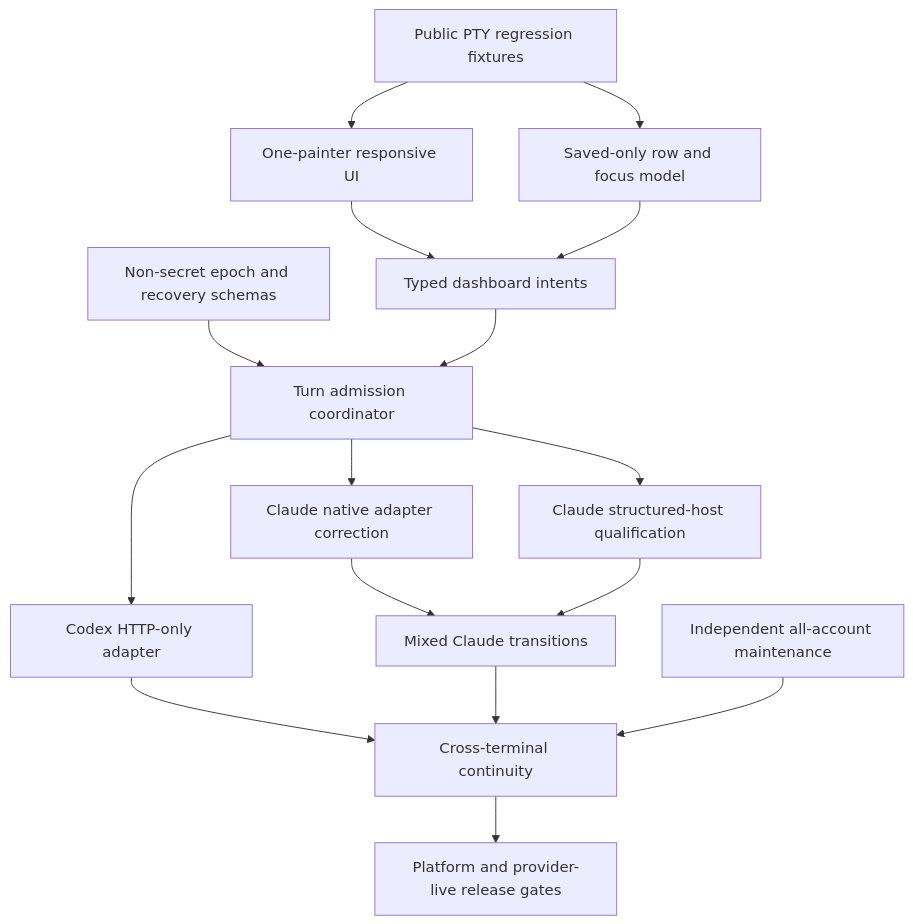
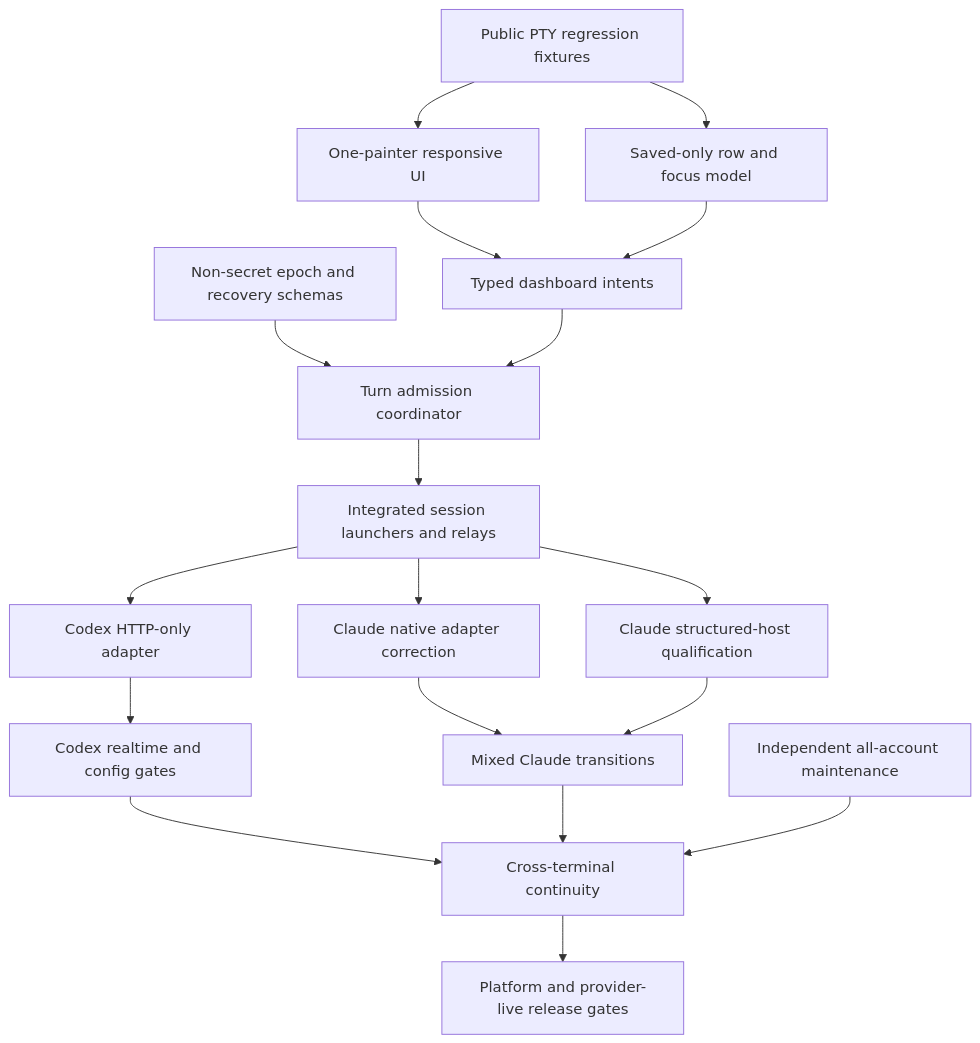
One commit to Sawmonabo/sidekick-usages changed diagram 12 of 12 in docs/superpowers/specs/2026-08-01-hardened-global-account-selection-design.md. Above: the diagram before and after it, drawn with Mermaid. The commit also changed other lines of this file, not shown here.

````diff
--- a/docs/superpowers/specs/2026-08-01-hardened-global-account-selection-design.md
+++ b/docs/superpowers/specs/2026-08-01-hardened-global-account-selection-design.md
@@ -2138,18 +2576,20 @@
 ```mermaid
 flowchart TD
     A[Public PTY regression fixtures] --> B[One-painter responsive UI]
     A --> C[Saved-only row and focus model]
     B --> D[Typed dashboard intents]
     C --> D
     E[Non-secret epoch and recovery schemas] --> F[Turn admission coordinator]
     D --> F
-    F --> G[Claude native adapter correction]
-    F --> H[Codex HTTP-only adapter]
-    F --> I[Claude structured-host qualification]
+    F --> N[Integrated session launchers and relays]
+    N --> G[Claude native adapter correction]
+    N --> H[Codex HTTP-only adapter]
+    N --> I[Claude structured-host qualification]
     G --> J[Mixed Claude transitions]
     I --> J
-    H --> K[Cross-terminal continuity]
+    H --> R[Codex realtime and config gates]
+    R --> K[Cross-terminal continuity]
     J --> K
     L[Independent all-account maintenance] --> K
     K --> M[Platform and provider-live release gates]
 ```
````
